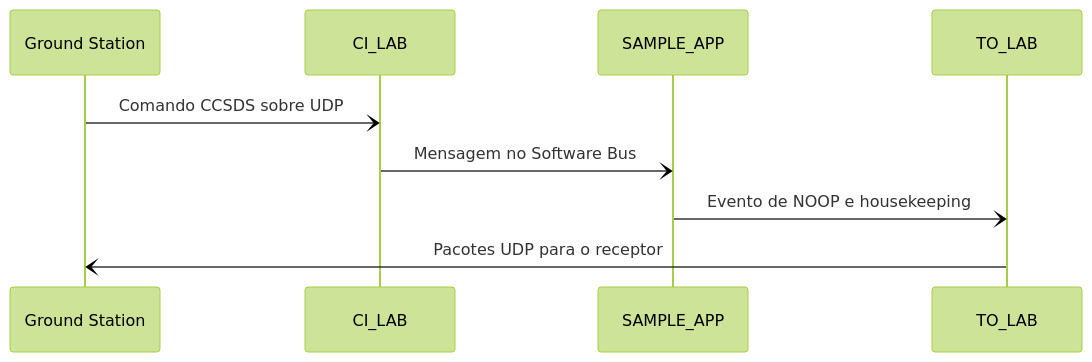
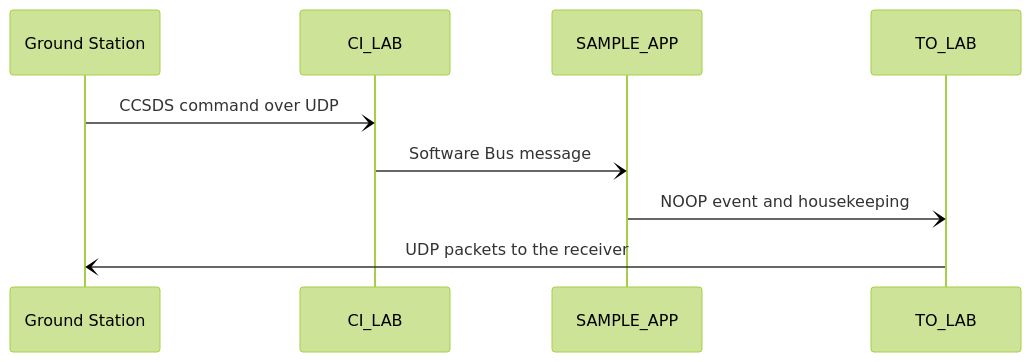
Before and after one commit to Raiagues/cfs_emulator: the diagram in ground_station/README.md, drawn with Mermaid (forest theme). The commit also changed other lines of this file and 317 other files, not shown here.

````diff
--- a/ground_station/README.md
+++ b/ground_station/README.md
@@ -16,11 +14,11 @@
 ```mermaid
 sequenceDiagram
-    participant UI as Ground Station
+    participant GS as Ground Station
     participant CI as CI_LAB
     participant App as SAMPLE_APP
     participant TO as TO_LAB
-    UI-)CI: Comando CCSDS sobre UDP
-    CI-)App: Mensagem no Software Bus
-    App-)TO: Evento de NOOP e housekeeping
-    TO-)UI: Pacotes UDP para o receptor
+    GS-)CI: CCSDS command over UDP
+    CI-)App: Software Bus message
+    App-)TO: NOOP event and housekeeping
+    TO-)GS: UDP packets to the receiver
 ```
````
